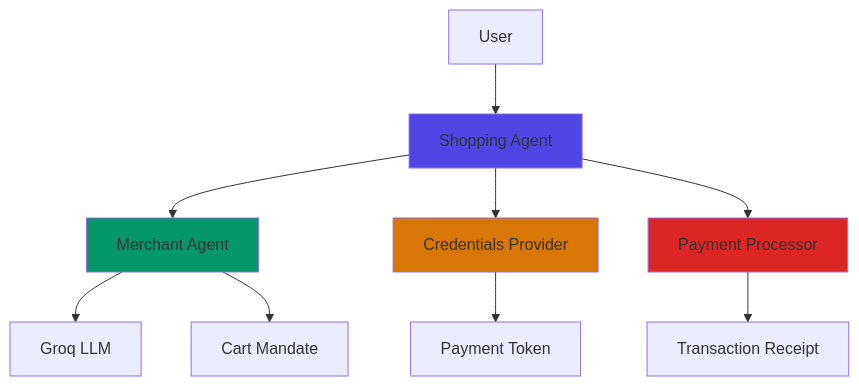
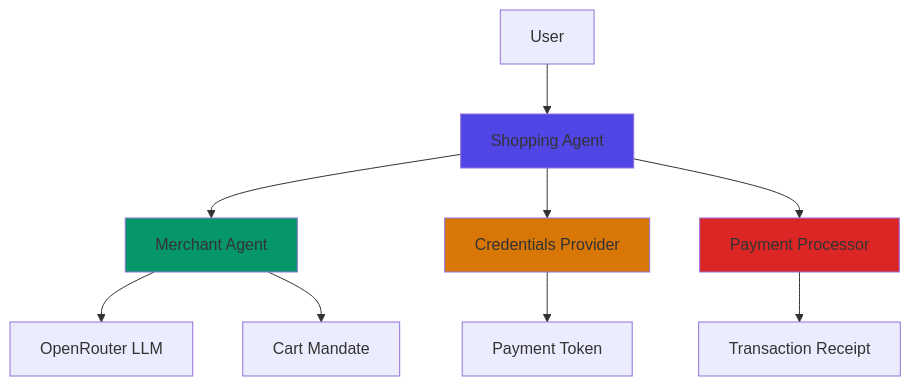
One commit to karthiksaji/AP2-PROTOCOL-AGENT changed the diagram in documentation/README.md. Above: the diagram before and after it, drawn with Mermaid. The commit also changed other lines of this file and 4 other files, not shown here.

````diff
--- a/documentation/README.md
+++ b/documentation/README.md
@@ -79,19 +79,19 @@
 ```mermaid
 graph TB
     User[User] --> ShoppingAgent[Shopping Agent]
     ShoppingAgent --> MerchantAgent[Merchant Agent]
     ShoppingAgent --> CredentialsProvider[Credentials Provider]
     ShoppingAgent --> PaymentProcessor[Payment Processor]
     
-    MerchantAgent --> LLM[Groq LLM]
+    MerchantAgent --> LLM[OpenRouter LLM]
     MerchantAgent --> CartMandate[Cart Mandate]
     
     CredentialsProvider --> PaymentToken[Payment Token]
     
     PaymentProcessor --> Transaction[Transaction Receipt]
     
     style ShoppingAgent fill:#4f46e5
     style MerchantAgent fill:#059669
     style CredentialsProvider fill:#d97706
     style PaymentProcessor fill:#dc2626
 ```
````
